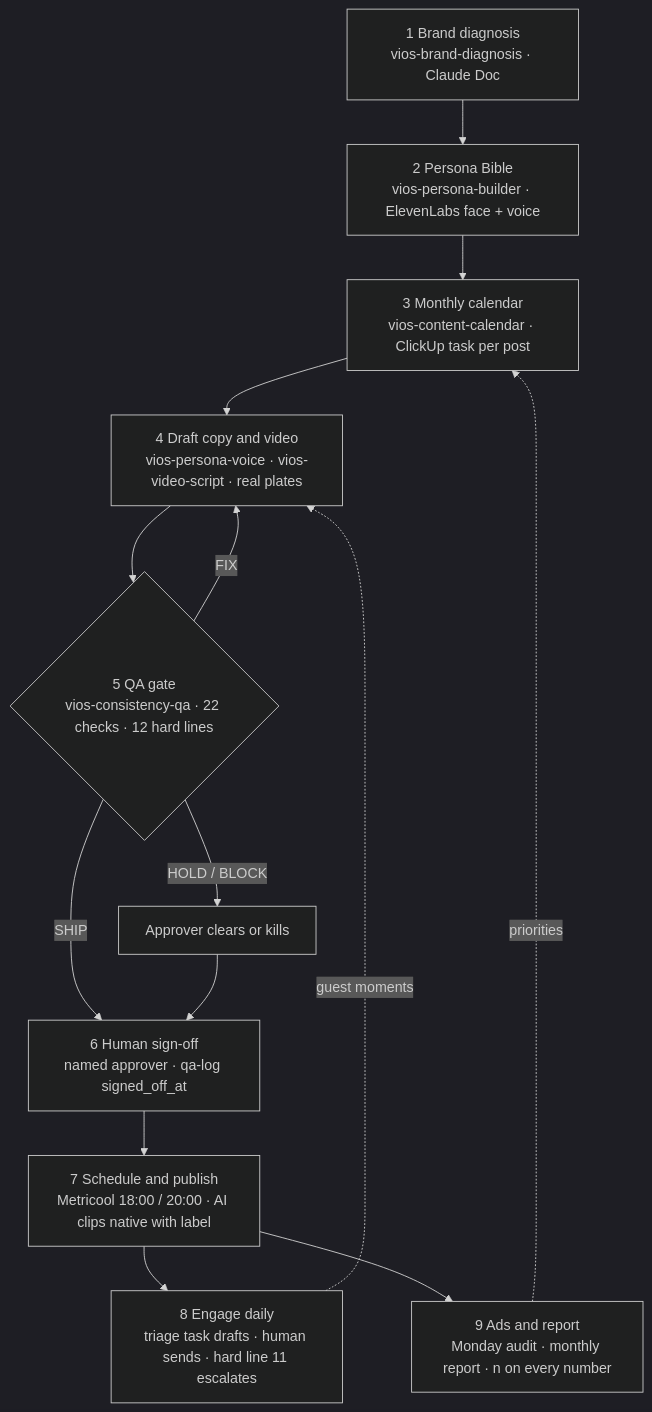
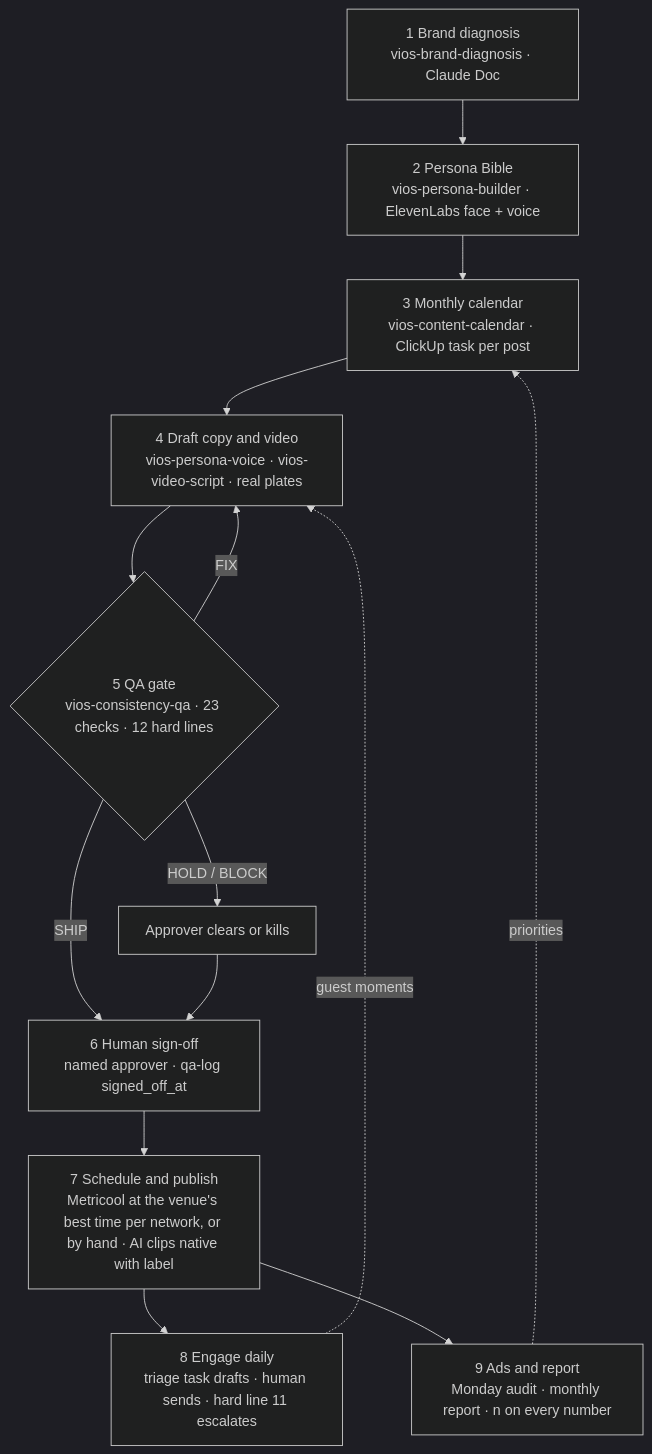
One commit to mlkoulouris-commits/vios-mg changed the diagram in docs/workflow.md. Above: the diagram before and after it, drawn with Mermaid (dark theme). The commit also changed other lines of this file and 38 other files, not shown here.

````diff
--- a/docs/workflow.md
+++ b/docs/workflow.md
@@ -3,16 +3,16 @@
 ```mermaid
 flowchart TD
   A[1 Brand diagnosis<br/>vios-brand-diagnosis · Claude Doc] --> B[2 Persona Bible<br/>vios-persona-builder · ElevenLabs face + voice]
   B --> C[3 Monthly calendar<br/>vios-content-calendar · ClickUp task per post]
   C --> D[4 Draft copy and video<br/>vios-persona-voice · vios-video-script · real plates]
-  D --> E{5 QA gate<br/>vios-consistency-qa · 22 checks · 12 hard lines}
+  D --> E{5 QA gate<br/>vios-consistency-qa · 23 checks · 12 hard lines}
   E -- FIX --> D
   E -- HOLD / BLOCK --> H[Approver clears or kills]
   E -- SHIP --> F[6 Human sign-off<br/>named approver · qa-log signed_off_at]
   H --> F
-  F --> G[7 Schedule and publish<br/>Metricool 18:00 / 20:00 · AI clips native with label]
+  F --> G[7 Schedule and publish<br/>Metricool at the venue's best time per network, or by hand · AI clips native with label]
   G --> I[8 Engage daily<br/>triage task drafts · human sends · hard line 11 escalates]
   G --> J[9 Ads and report<br/>Monday audit · monthly report · n on every number]
   J -. priorities .-> C
   I -. guest moments .-> D
 ```
````
